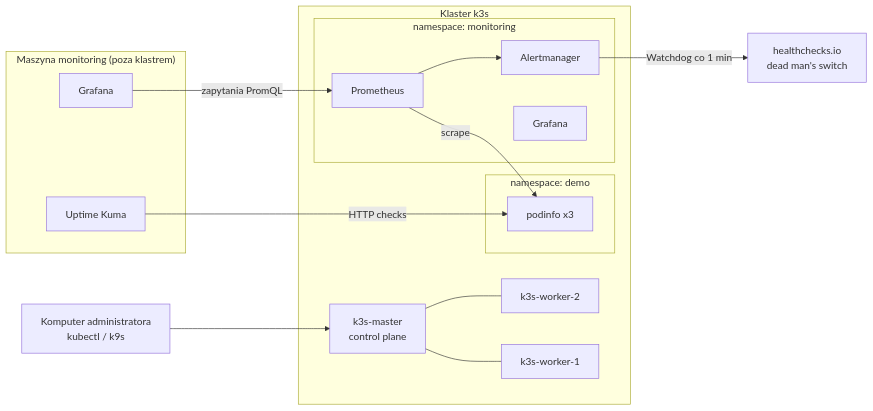
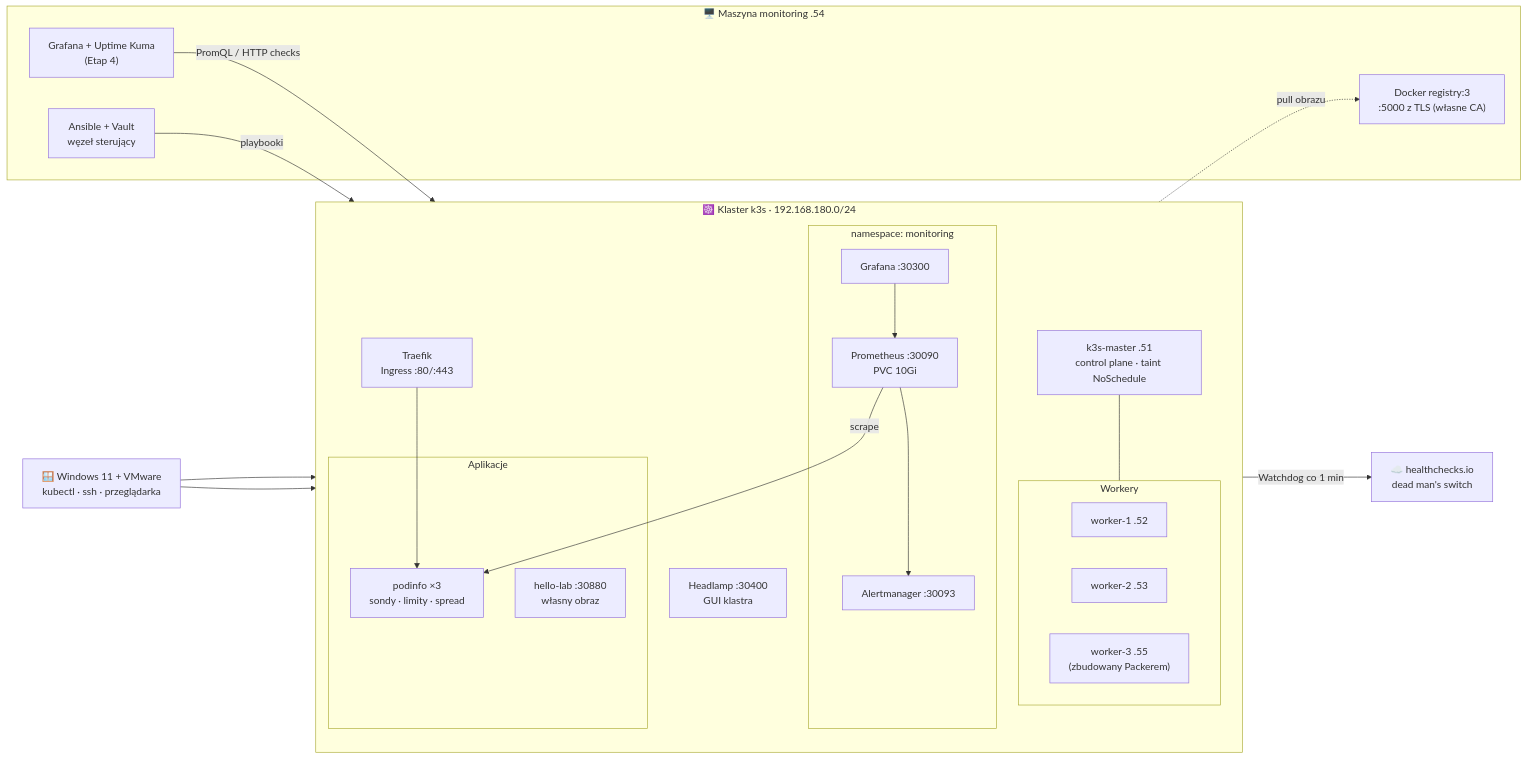
One commit to programmingbygrzegorz/k3s-monitoring-lab changed the first of 2 diagrams in README.md. Above: the diagram before and after it, drawn with Mermaid. The commit also changed other lines of this file, not shown here.

Commit message:
README: nowa strona główna – diagramy architektury i postępu, galeria zrzutów, aktualne etapy i adresy

````diff
--- a/README.md
+++ b/README.md
@@ -13,34 +34,45 @@
 ```mermaid
 flowchart LR
-    admin["Komputer administratora<br/>kubectl / k9s"]
+    admin["🪟 Windows 11 + VMware<br/>kubectl · ssh · przeglądarka"]
 
-    subgraph cluster["Klaster k3s"]
-        master["k3s-master<br/>control plane"]
-        w1["k3s-worker-1"]
-        w2["k3s-worker-2"]
+    subgraph cluster["☸️ Klaster k3s  ·  192.168.180.0/24"]
+        direction TB
+        master["k3s-master .51<br/>control plane · taint NoSchedule"]
+        subgraph workers["Workery"]
+            w1["worker-1 .52"]
+            w2["worker-2 .53"]
+            w3["worker-3 .55<br/>(zbudowany Packerem)"]
+        end
+        traefik["Traefik<br/>Ingress :80/:443"]
         subgraph mon["namespace: monitoring"]
-            prom["Prometheus"]
-            am["Alertmanager"]
-            graf_in["Grafana"]
+            prom["Prometheus :30090<br/>PVC 10Gi"]
+            am["Alertmanager :30093"]
+            graf_in["Grafana :30300"]
         end
-        subgraph demo["namespace: demo"]
-            app["podinfo x3"]
+        subgraph apps["Aplikacje"]
+            podinfo["podinfo ×3<br/>sondy · limity · spread"]
+            hello["hello-lab :30880<br/>własny obraz"]
         end
+        headlamp["Headlamp :30400<br/>GUI klastra"]
     end
 
-    subgraph ext["Maszyna monitoring (poza klastrem)"]
-        graf_ext["Grafana"]
-        kuma["Uptime Kuma"]
+    subgraph vm["🖥️ Maszyna monitoring .54"]
+        ansible["Ansible + Vault<br/>węzeł sterujący"]
+        registry["Docker registry:3<br/>:5000 z TLS (własne CA)"]
+        kuma["Grafana + Uptime Kuma<br/>(Etap 4)"]
     end
 
-    hc["healthchecks.io<br/>dead man's switch"]
+    hc["☁️ healthchecks.io<br/>dead man's switch"]
 
     admin --> master
-    master --- w1
-    master --- w2
-    prom -->|scrape| app
+    admin --> headlamp
+    ansible -->|playbooki| cluster
+    master --- workers
+    traefik --> podinfo
+    prom -->|scrape| podinfo
     prom --> am
     am -->|Watchdog co 1 min| hc
-    graf_ext -->|zapytania PromQL| prom
-    kuma -->|HTTP checks| app
+    graf_in --> prom
+    kuma -->|PromQL / HTTP checks| prom
+    hello -.->|pull obrazu| registry
 ```
````
